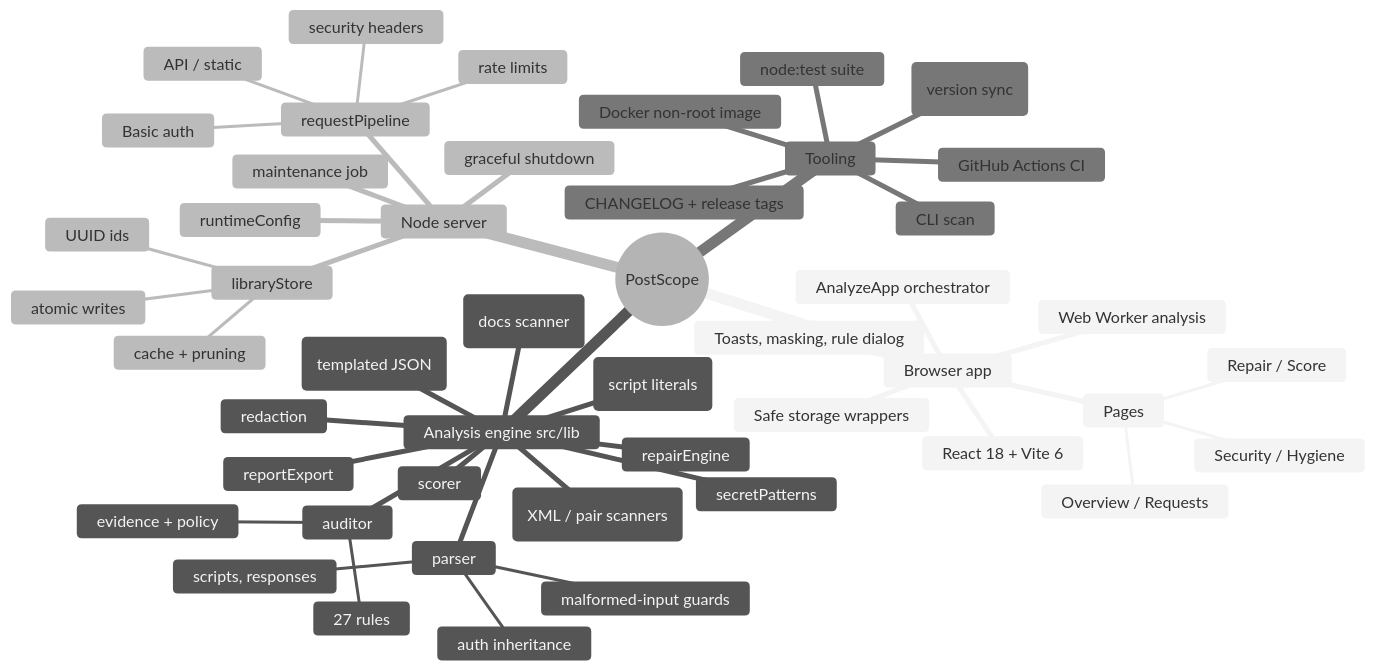
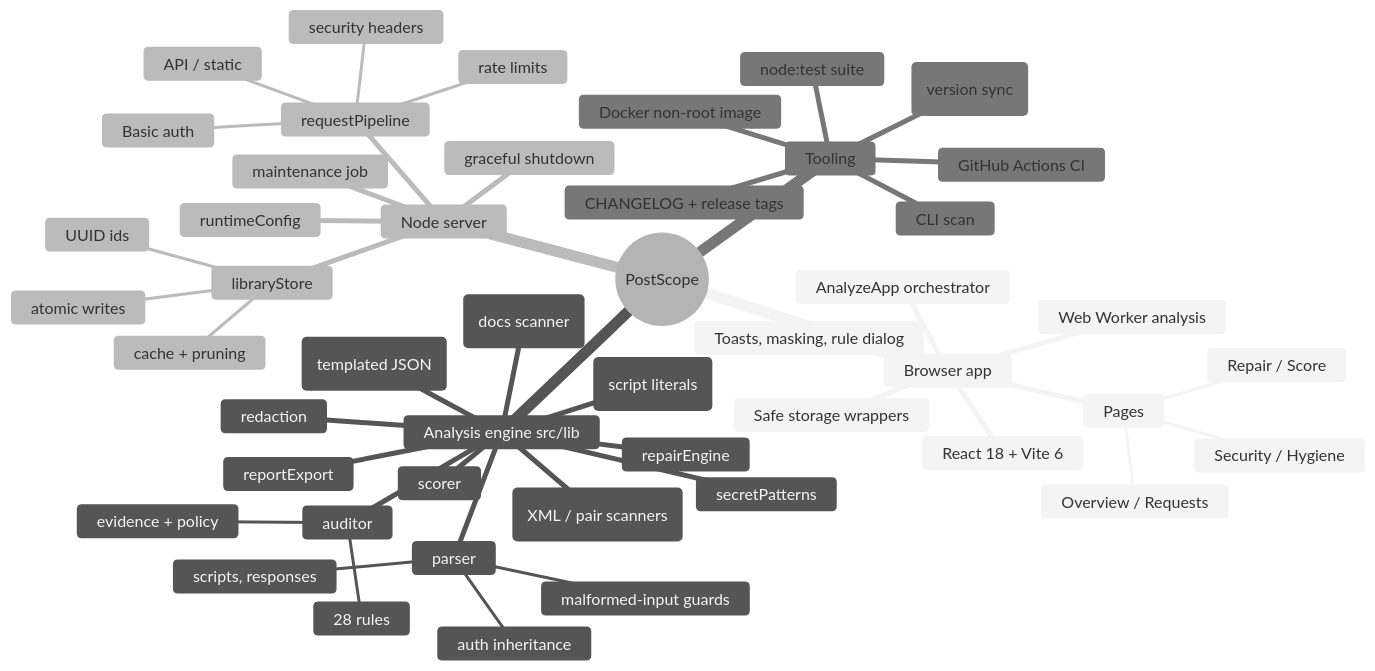
One commit to winksen/Postscope-App changed the first of 2 diagrams in docs/mindmap/TECHNICAL_MINDMAP.md. Above: the diagram before and after it, drawn with Mermaid (neutral theme). The commit also changed other lines of this file and 16 other files, not shown here.

````diff
--- a/docs/mindmap/TECHNICAL_MINDMAP.md
+++ b/docs/mindmap/TECHNICAL_MINDMAP.md
@@ -11,51 +11,51 @@
 ```mermaid
 mindmap
   root((PostScope))
     Browser app
       React 18 + Vite 6
       AnalyzeApp orchestrator
       Pages
         Overview / Requests
         Security / Hygiene
         Repair / Score
       Web Worker analysis
       Toasts, masking, rule dialog
       Safe storage wrappers
     Analysis engine src/lib
       parser
         auth inheritance
         scripts, responses
         malformed-input guards
       auditor
-        27 rules
+        28 rules
         evidence + policy
       jsonBody (templated JSON)
       rawBody (XML / pair scanners)
       descriptions (docs scanner)
       scriptSecrets (script literals)
       secretPatterns
       scorer
       repairEngine
       redaction
       reportExport
     Node server
       requestPipeline
         security headers
         Basic auth
         rate limits
         API / static
       libraryStore
         UUID ids
         atomic writes
         cache + pruning
       runtimeConfig
       maintenance job
       graceful shutdown
     Tooling
       CLI scan
       node:test suite
       GitHub Actions CI
       Docker non-root image
       release:check (version sync)
       CHANGELOG + release tags
 ```
````
